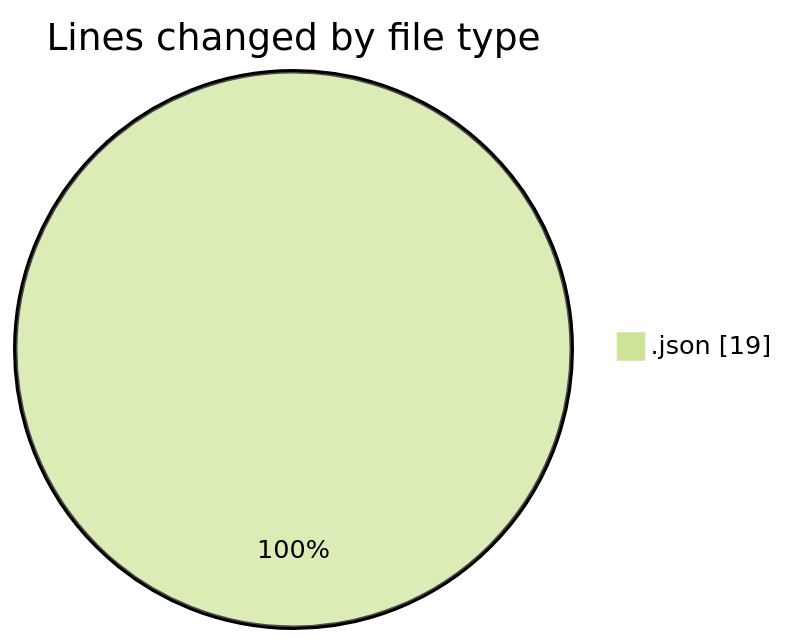
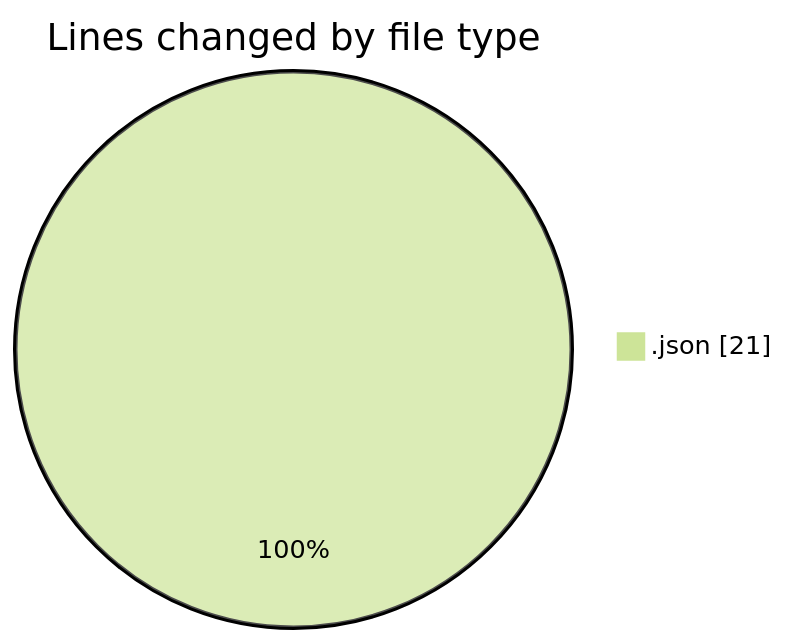
The first of 2 diagrams in 2025-09-06/cashcalculator/README.md (nxtqubesakshisongat/code-tracking), drawn with Mermaid (forest theme) before and after one commit. The commit also changed other lines of this file and 1 other file, not shown here.

````diff
--- a/2025-09-06/cashcalculator/README.md
+++ b/2025-09-06/cashcalculator/README.md
@@ -20,5 +20,5 @@
 ```mermaid
 pie showData
 title Lines changed by file type
-".json" : 19
+".json" : 21
 ```
````
